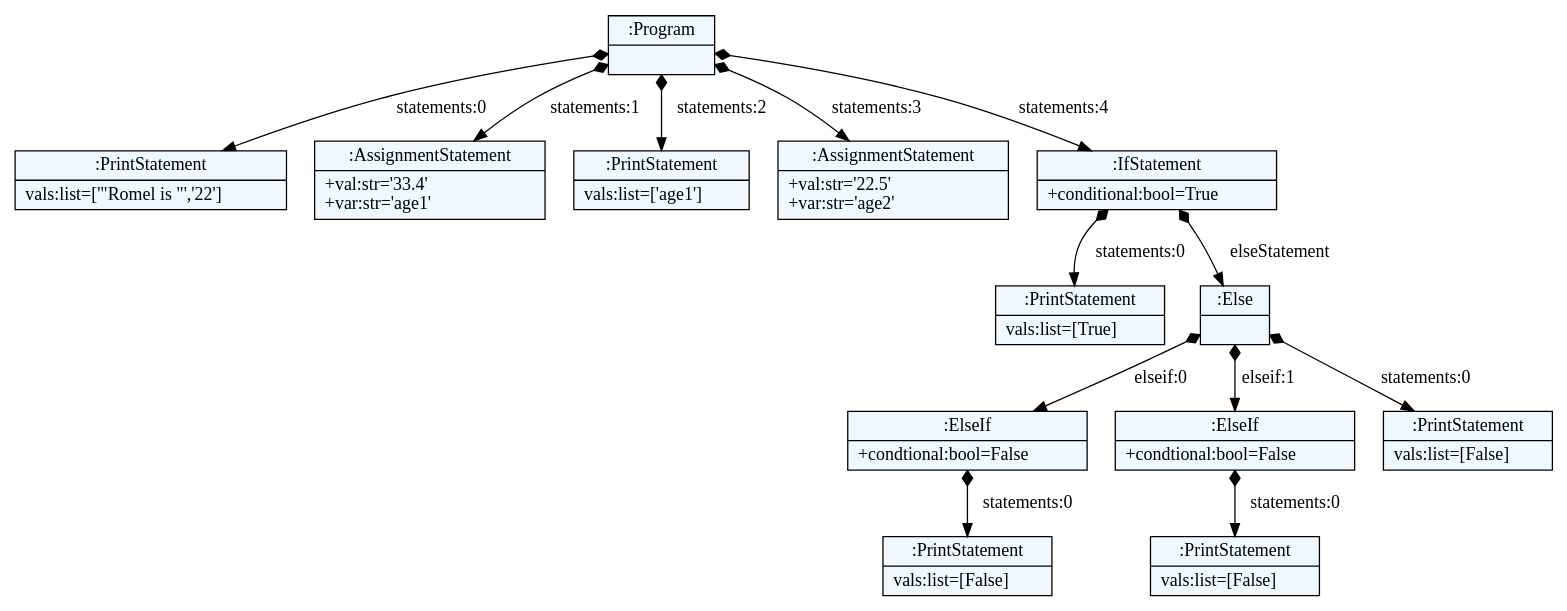
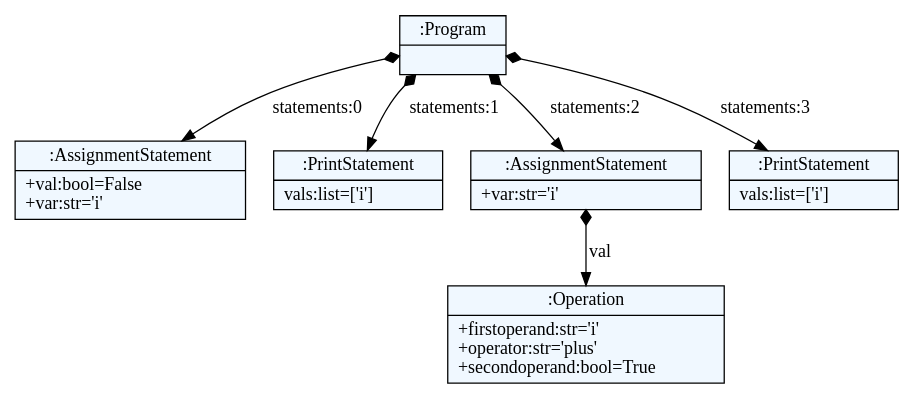
Before and after one commit to RomelAleman/minsym-cs420-final-project: the diagram in testing.dot, drawn with Graphviz. The commit also changed 7 other files, not shown here.

```diff
--- a/testing.dot
+++ b/testing.dot
@@ -1,40 +1,26 @@
 
     digraph textX {
     fontname = "Bitstream Vera Sans"
     fontsize = 8
     node[
         shape=record,
         style=filled,
         fillcolor=aliceblue
     ]
     nodesep = 0.3
     edge[dir=black,arrowtail=empty]
 
 
-3040706737696 -> 3040706738032 [label="statements:0" arrowtail=diamond dir=both]
-3040706738032[label="{:PrintStatement|vals:list=['\"Romel is \"','22']\l}"]
-3040706737696 -> 3040706738368 [label="statements:1" arrowtail=diamond dir=both]
-3040706738368[label="{:AssignmentStatement|+val:str='33.4'\l+var:str='age1'\l}"]
-3040706737696 -> 3040707064080 [label="statements:2" arrowtail=diamond dir=both]
-3040707064080[label="{:PrintStatement|vals:list=['age1']\l}"]
-3040706737696 -> 3040707064400 [label="statements:3" arrowtail=diamond dir=both]
-3040707064400[label="{:AssignmentStatement|+val:str='22.5'\l+var:str='age2'\l}"]
-3040706737696 -> 3040706738704 [label="statements:4" arrowtail=diamond dir=both]
-3040706738704 -> 3040707064720 [label="statements:0" arrowtail=diamond dir=both]
-3040707064720[label="{:PrintStatement|vals:list=[True]\l}"]
-3040706738704 -> 3040706739040 [label="elseStatement" arrowtail=diamond dir=both]
-3040706739040 -> 3040706739376 [label="elseif:0" arrowtail=diamond dir=both]
-3040706739376 -> 3040706945728 [label="statements:0" arrowtail=diamond dir=both]
-3040706945728[label="{:PrintStatement|vals:list=[False]\l}"]
-3040706739376[label="{:ElseIf|+condtional:bool=False\l}"]
-3040706739040 -> 3040707065040 [label="elseif:1" arrowtail=diamond dir=both]
-3040707065040 -> 3040706946032 [label="statements:0" arrowtail=diamond dir=both]
-3040706946032[label="{:PrintStatement|vals:list=[False]\l}"]
-3040707065040[label="{:ElseIf|+condtional:bool=False\l}"]
-3040706739040 -> 3040707078928 [label="statements:0" arrowtail=diamond dir=both]
-3040707078928[label="{:PrintStatement|vals:list=[False]\l}"]
-3040706739040[label="{:Else|}"]
-3040706738704[label="{:IfStatement|+conditional:bool=True\l}"]
-3040706737696[label="{:Program|}"]
+2327630558752 -> 2327630559088 [label="statements:0" arrowtail=diamond dir=both]
+2327630559088[label="{:AssignmentStatement|+val:bool=False\l+var:str='i'\l}"]
+2327630558752 -> 2327630559424 [label="statements:1" arrowtail=diamond dir=both]
+2327630559424[label="{:PrintStatement|vals:list=['i']\l}"]
+2327630558752 -> 2327630885776 [label="statements:2" arrowtail=diamond dir=both]
+2327630885776 -> 2327630559760 [label="val" arrowtail=diamond dir=both]
+2327630559760[label="{:Operation|+firstoperand:str='i'\l+operator:str='plus'\l+secondoperand:bool=True\l}"]
+2327630885776[label="{:AssignmentStatement|+var:str='i'\l}"]
+2327630558752 -> 2327630886096 [label="statements:3" arrowtail=diamond dir=both]
+2327630886096[label="{:PrintStatement|vals:list=['i']\l}"]
+2327630558752[label="{:Program|}"]
 
 }
```
